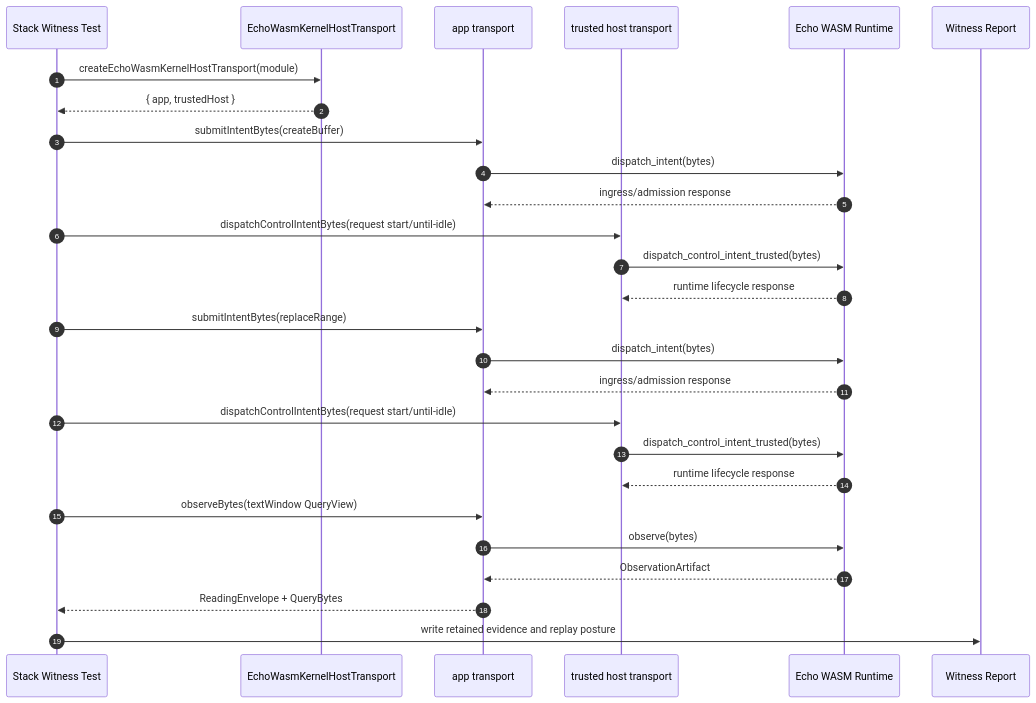
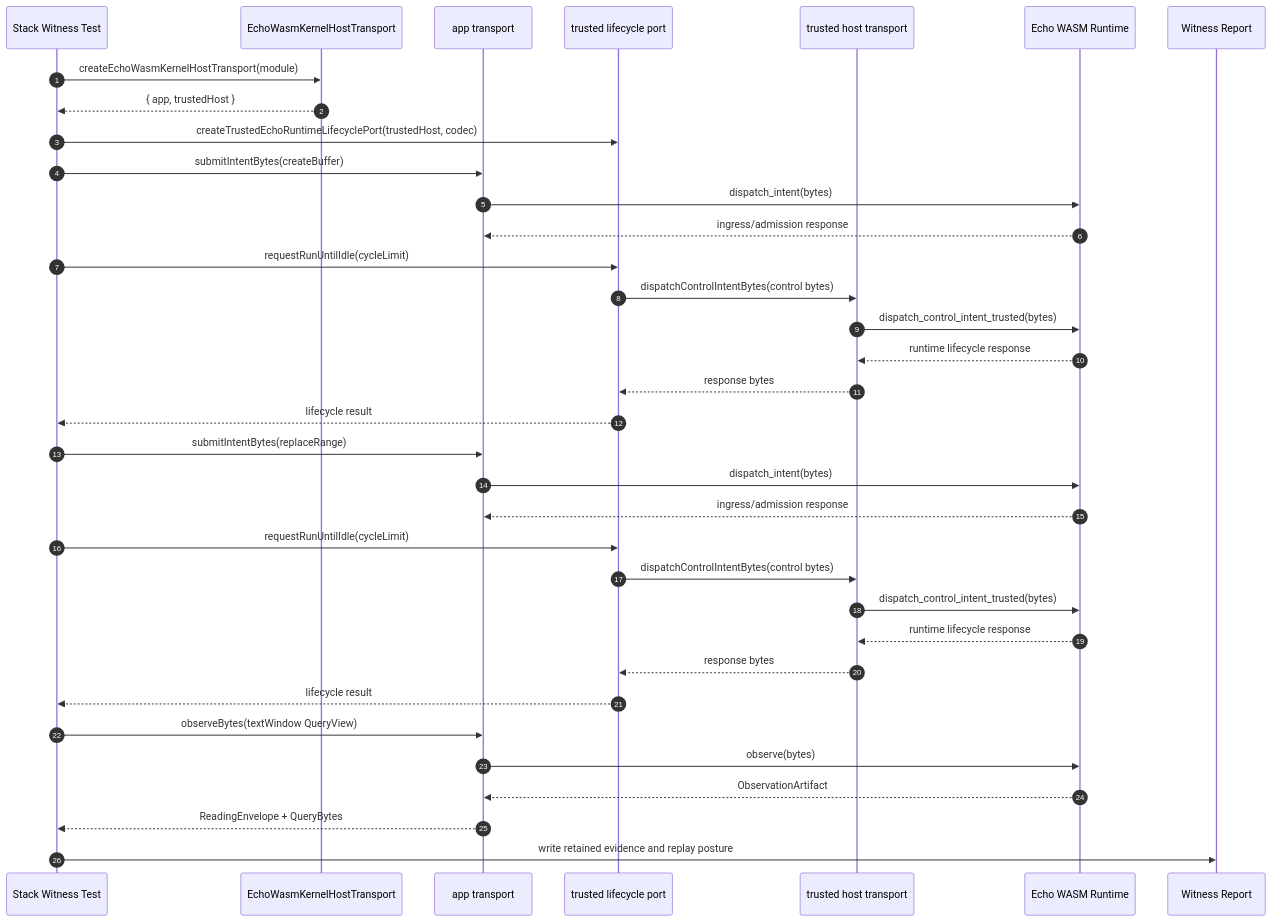
One commit to flyingrobots/jedit changed the tenth of 12 diagrams in docs/jedit-echo-end-to-end.md. Above: the diagram before and after it, drawn with Mermaid. The commit also changed other lines of this file and 9 other files, not shown here.

Commit message:
feat(echo): add trusted runtime lifecycle port

````diff
--- a/docs/jedit-echo-end-to-end.md
+++ b/docs/jedit-echo-end-to-end.md
@@ -716,33 +730,41 @@
 ```mermaid
 sequenceDiagram
   autonumber
   participant Test as Stack Witness Test
   participant HostTransport as EchoWasmKernelHostTransport
   participant AppTransport as app transport
+  participant Lifecycle as trusted lifecycle port
   participant TrustedHost as trusted host transport
   participant Echo as Echo WASM Runtime
   participant Report as Witness Report
 
   Test->>HostTransport: createEchoWasmKernelHostTransport(module)
   HostTransport-->>Test: { app, trustedHost }
+  Test->>Lifecycle: createTrustedEchoRuntimeLifecyclePort(trustedHost, codec)
 
   Test->>AppTransport: submitIntentBytes(createBuffer)
   AppTransport->>Echo: dispatch_intent(bytes)
   Echo-->>AppTransport: ingress/admission response
-  Test->>TrustedHost: dispatchControlIntentBytes(request start/until-idle)
+  Test->>Lifecycle: requestRunUntilIdle(cycleLimit)
+  Lifecycle->>TrustedHost: dispatchControlIntentBytes(control bytes)
   TrustedHost->>Echo: dispatch_control_intent_trusted(bytes)
   Echo-->>TrustedHost: runtime lifecycle response
+  TrustedHost-->>Lifecycle: response bytes
+  Lifecycle-->>Test: lifecycle result
 
   Test->>AppTransport: submitIntentBytes(replaceRange)
   AppTransport->>Echo: dispatch_intent(bytes)
   Echo-->>AppTransport: ingress/admission response
-  Test->>TrustedHost: dispatchControlIntentBytes(request start/until-idle)
+  Test->>Lifecycle: requestRunUntilIdle(cycleLimit)
+  Lifecycle->>TrustedHost: dispatchControlIntentBytes(control bytes)
   TrustedHost->>Echo: dispatch_control_intent_trusted(bytes)
   Echo-->>TrustedHost: runtime lifecycle response
+  TrustedHost-->>Lifecycle: response bytes
+  Lifecycle-->>Test: lifecycle result
 
   Test->>AppTransport: observeBytes(textWindow QueryView)
   AppTransport->>Echo: observe(bytes)
   Echo-->>AppTransport: ObservationArtifact
   AppTransport-->>Test: ReadingEnvelope + QueryBytes
   Test->>Report: write retained evidence and replay posture
 ```
````
